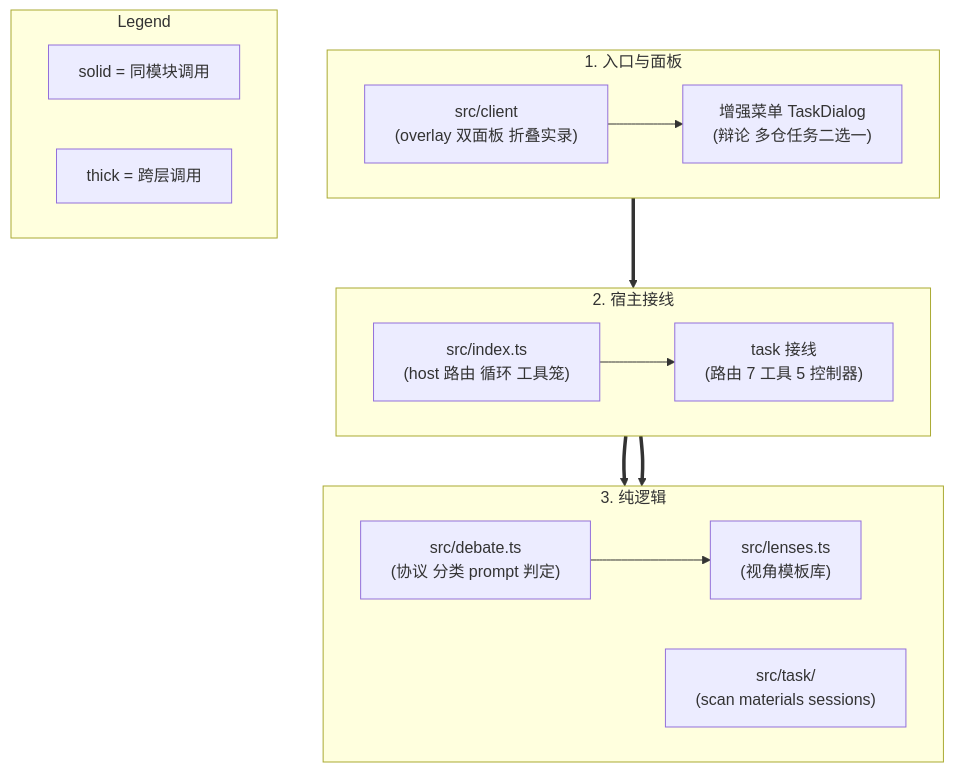
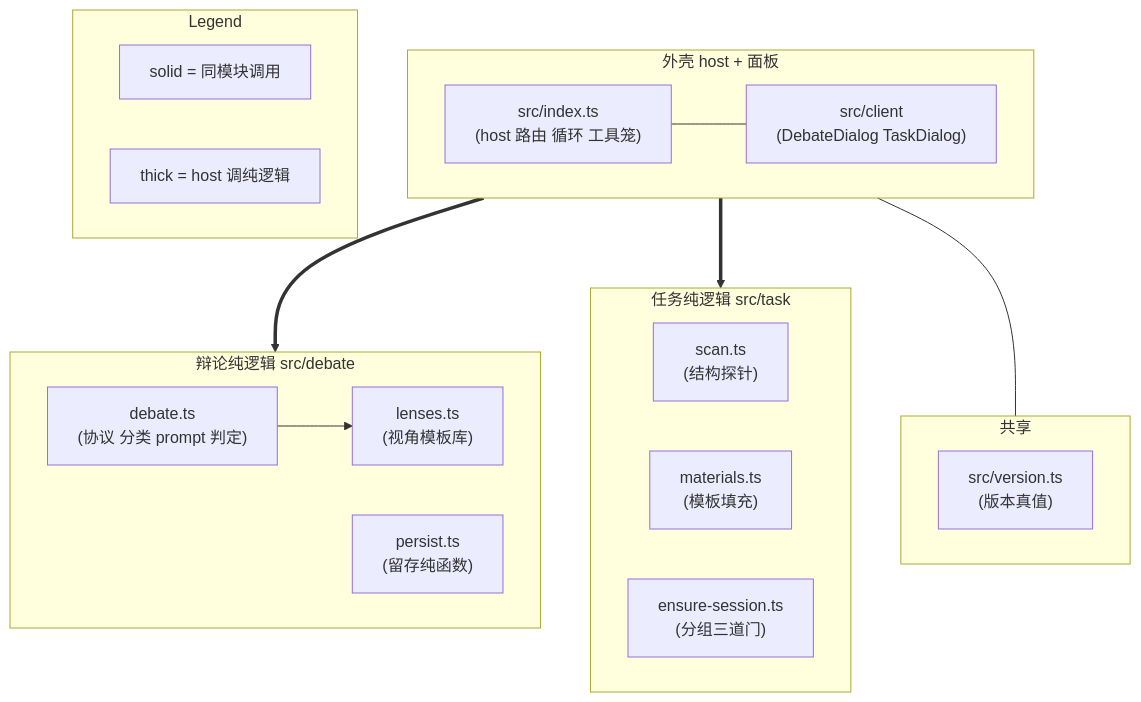
Before and after one commit to doubleelec/dsh-debate: the third of 5 diagrams in docs/architecture.md, drawn with Mermaid. The commit also changed other lines of this file and 15 other files, not shown here.

First line of the commit message:
refactor(src): move debate pure modules into src/debate peer of task

````diff
--- a/docs/architecture.md
+++ b/docs/architecture.md
@@ -123,31 +126,35 @@
 ```mermaid
 flowchart TD
-    subgraph LayerTop["1. 入口与面板"]
-        direction LR
-        client["src/client<br/>(overlay 双面板 折叠实录)"]
-        enhance["增强菜单 TaskDialog<br/>(辩论 多仓任务二选一)"]
-        client --> enhance
-    end
-    subgraph LayerMid["2. 宿主接线"]
+    subgraph Shell["外壳 host + 面板"]
         direction LR
         index["src/index.ts<br/>(host 路由 循环 工具笼)"]
-        taskwire["task 接线<br/>(路由 7 工具 5 控制器)"]
-        index --> taskwire
+        client["src/client<br/>(DebateDialog TaskDialog)"]
+        index --- client
     end
-    subgraph LayerBot["3. 纯逻辑"]
+    subgraph Debate["辩论纯逻辑 src/debate"]
         direction LR
-        debate["src/debate.ts<br/>(协议 分类 prompt 判定)"]
-        taskpure["src/task/<br/>(scan materials sessions)"]
-        lenses["src/lenses.ts<br/>(视角模板库)"]
-        debate --> lenses
+        proto["debate.ts<br/>(协议 分类 prompt 判定)"]
+        lens["lenses.ts<br/>(视角模板库)"]
+        pers["persist.ts<br/>(留存纯函数)"]
+        proto --> lens
     end
-    client ==> index
-    index ==> debate
-    index ==> taskpure
+    subgraph Task["任务纯逻辑 src/task"]
+        direction LR
+        scan["scan.ts<br/>(结构探针)"]
+        mats["materials.ts<br/>(模板填充)"]
+        sess["ensure-session.ts<br/>(分组三道门)"]
+    end
+    subgraph Shared["共享"]
+        direction LR
+        ver["src/version.ts<br/>(版本真值)"]
+    end
+    Shell ==> Debate
+    Shell ==> Task
+    Shell --- Shared
 
     subgraph Legend["Legend"]
         direction LR
         L1["solid = 同模块调用"]
-        L2["thick = 跨层调用"]
+        L2["thick = host 调纯逻辑"]
     end
 ```
````
